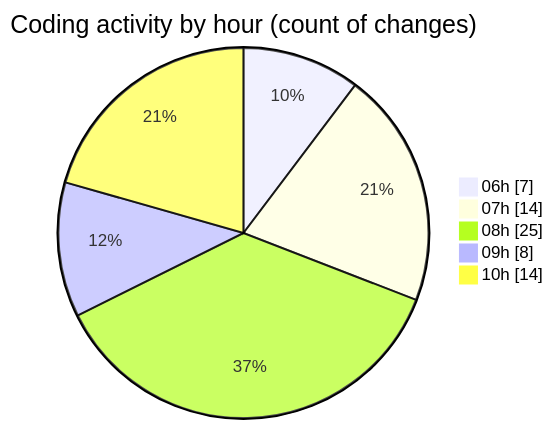
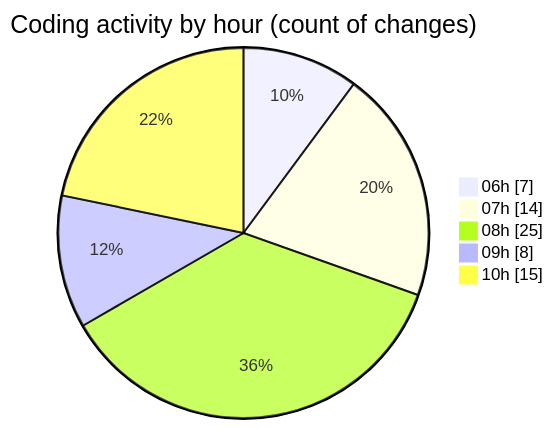
The second of 2 diagrams in 2025-04-18/zeytoon/README.md (vahidmafi/code-tracking), drawn with Mermaid before and after one commit. The commit also changed other lines of this file and 1 other file, not shown here.

````diff
--- a/2025-04-18/zeytoon/README.md
+++ b/2025-04-18/zeytoon/README.md
@@ -39,9 +39,9 @@
 ```mermaid
 pie showData
 title Coding activity by hour (count of changes)
 "06h" : 7
 "07h" : 14
 "08h" : 25
 "09h" : 8
-"10h" : 14
+"10h" : 15
 ```
````
